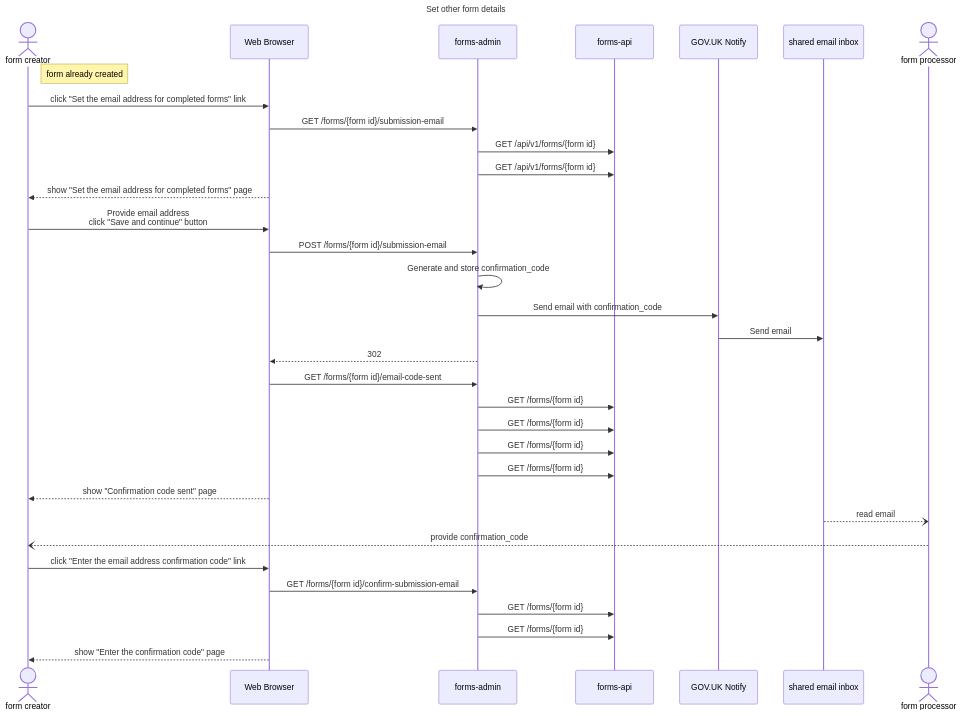
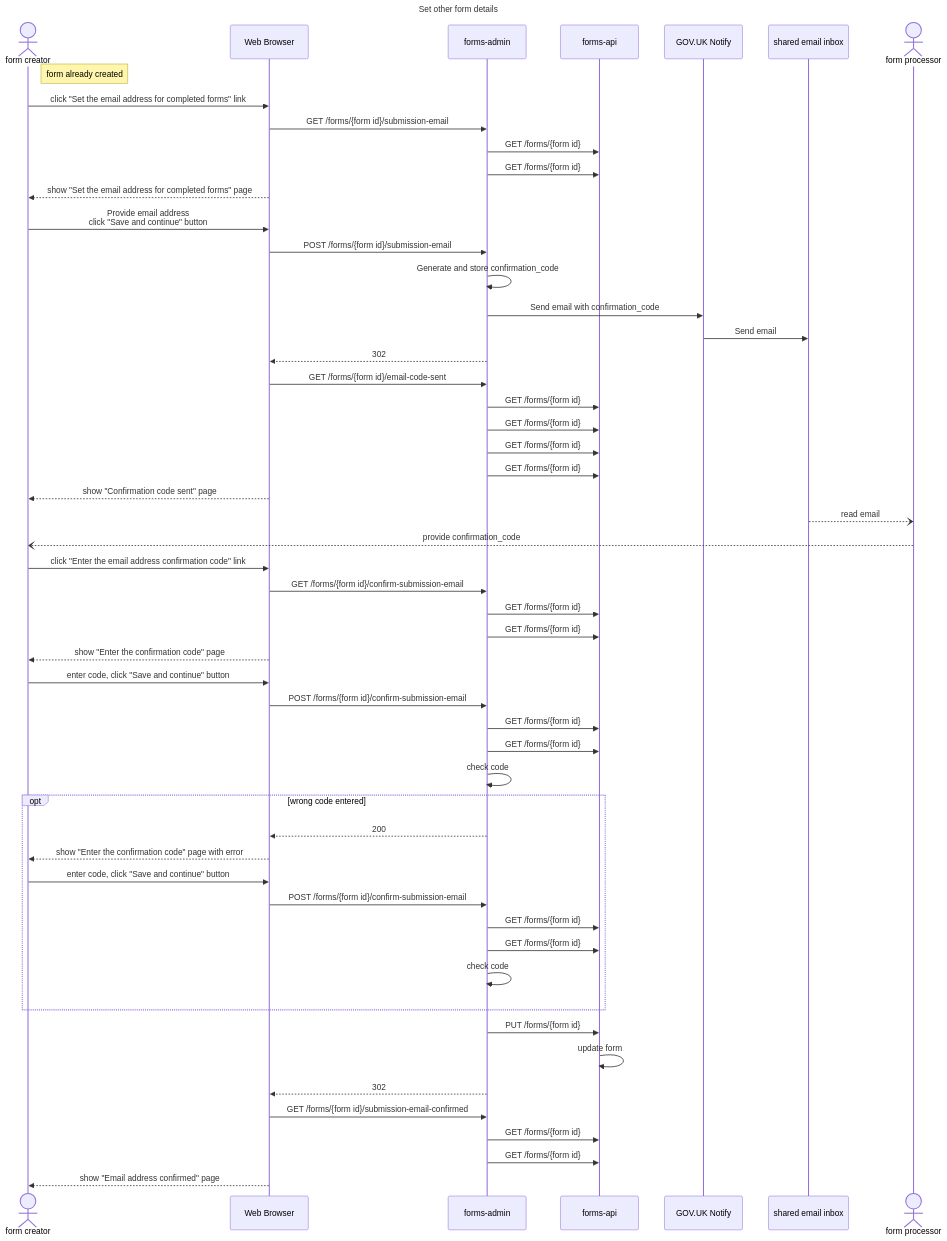
Before and after one commit to alphagov/forms: the fourth of 4 diagrams in diagrams/sequence-diagrams/creating-a-form.md, drawn with Mermaid. The commit also changed other lines of this file, not shown here.

Commit message:
confirmation code sequence

````diff
--- a/diagrams/sequence-diagrams/creating-a-form.md
+++ b/diagrams/sequence-diagrams/creating-a-form.md
@@ -122,42 +122,66 @@
 ```mermaid
 sequenceDiagram
   title Set other form details
   actor user as form creator
   participant browser as Web Browser
   participant admin as forms-admin
   link admin: GitHub repo @ https://github.com/alphagov/forms-admin
   participant api as forms-api
   link api: GitHub repo @ https://github.com/alphagov/forms-api
   participant notify as GOV.UK Notify
   participant inbox as shared email inbox
   actor processor as form processor
 
   note right of user: form already created
 
   user->>browser: click "Set the email address for completed forms" link
   browser->>admin: GET /forms/{form id}/submission-email
-  admin->>api: GET /api/v1/forms/{form id}
-  admin->>api: GET /api/v1/forms/{form id}
+  admin->>api: GET /forms/{form id}
+  admin->>api: GET /forms/{form id}
   browser-->>user: show "Set the email address for completed forms" page
   user->>browser: Provide email address<br />click "Save and continue" button
   browser->>admin: POST /forms/{form id}/submission-email
   admin->>admin: Generate and store confirmation_code
   admin->>notify: Send email with confirmation_code
   notify->>inbox: Send email
   admin-->>browser: 302
   browser->>admin: GET /forms/{form id}/email-code-sent
   admin->>api: GET /forms/{form id}
   admin->>api: GET /forms/{form id}
   admin->>api: GET /forms/{form id}
   admin->>api: GET /forms/{form id}
   browser-->>user: show "Confirmation code sent" page
 
   inbox--)processor: read email
   processor--)user: provide confirmation_code
 
   user->>browser: click "Enter the email address confirmation code" link
   browser->>admin: GET /forms/{form id}/confirm-submission-email
   admin->>api: GET /forms/{form id}
   admin->>api: GET /forms/{form id}
-  browser-->>user: show "Enter the confirmation code" page  
+  browser-->>user: show "Enter the confirmation code" page 
+
+  user->>browser: enter code, click "Save and continue" button
+  browser->>admin: POST /forms/{form id}/confirm-submission-email
+  admin->>api: GET /forms/{form id}
+  admin->>api: GET /forms/{form id}
+  admin->>admin: check code
+
+  opt wrong code entered
+    admin-->>browser: 200
+    browser-->>user: show "Enter the confirmation code" page with error
+    user->>browser: enter code, click "Save and continue" button
+    browser->>admin: POST /forms/{form id}/confirm-submission-email
+  admin->>api: GET /forms/{form id}
+    admin->>api: GET /forms/{form id}
+    admin->>admin: check code
+  end
+
+  admin->>api: PUT /forms/{form id}
+  api->>api: update form 
+  admin-->>browser: 302
+  browser->>admin: GET /forms/{form id}/submission-email-confirmed
+  admin->>api: GET /forms/{form id}
+  admin->>api: GET /forms/{form id}
+  browser-->>user: show "Email address confirmed" page
 ```
````
